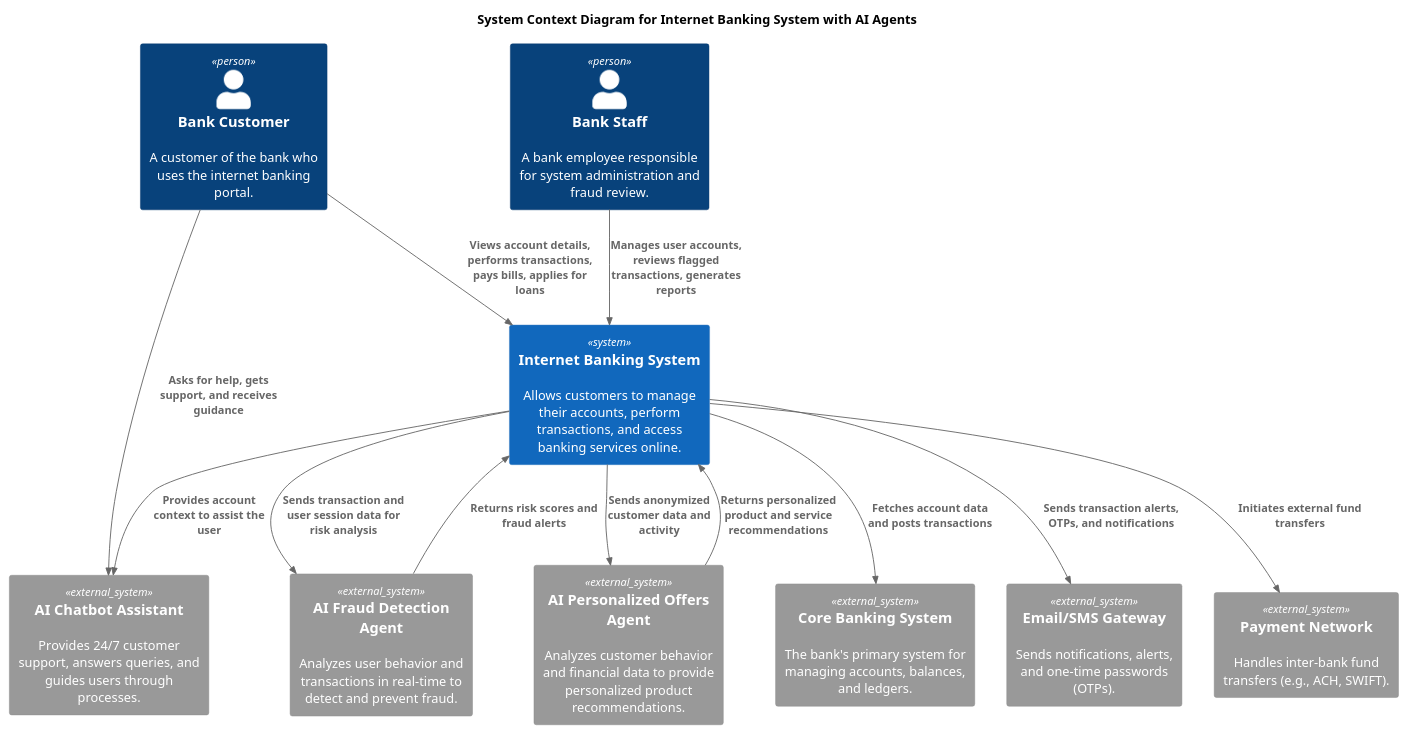
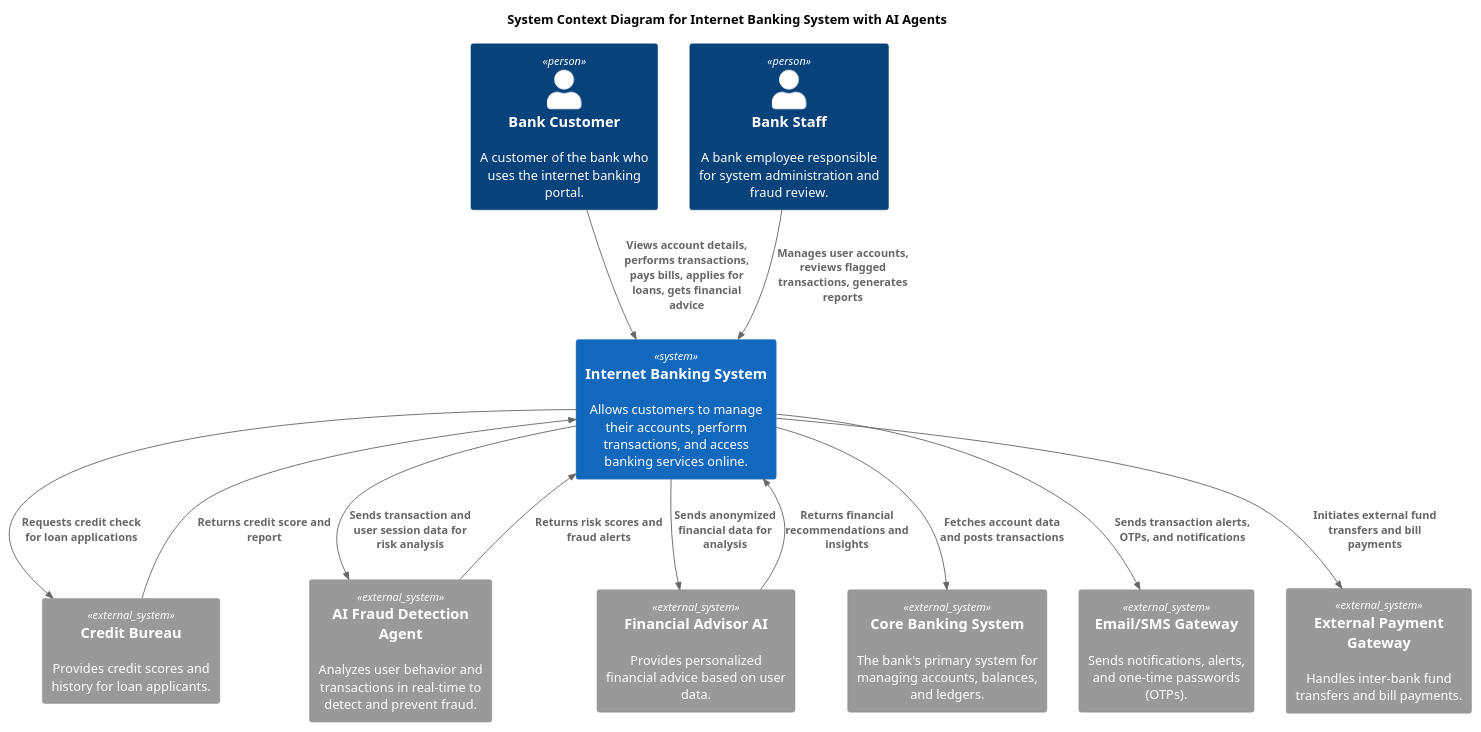
One commit to APC-SoCIT/APC-Sample-Project changed the diagram in Codes/system context for internet banking system with ai agent.puml. Above: the diagram before and after it, drawn with PlantUML. The commit also changed 1 other file, not shown here.

Commit message:
updated system context diagram

```diff
--- a/Codes/system context for internet banking system with ai agent.puml
+++ b/Codes/system context for internet banking system with ai agent.puml
@@ -1,47 +1,47 @@
 @startuml
 !include https://raw.githubusercontent.com/plantuml-stdlib/C4-PlantUML/master/C4_Context.puml
 
 ' Layout direction
 'LAYOUT_TOP_DOWN
 ' LAYOUT_WITH_LEGEND()
 
 title System Context Diagram for Internet Banking System with AI Agents
 
 ' Actors
 Person(customer, "Bank Customer", "A customer of the bank who uses the internet banking portal.")
 Person(admin, "Bank Staff", "A bank employee responsible for system administration and fraud review.")
 
 ' External Systems
 System_Ext(core_banking, "Core Banking System", "The bank's primary system for managing accounts, balances, and ledgers.")
 System_Ext(email_sms, "Email/SMS Gateway", "Sends notifications, alerts, and one-time passwords (OTPs).")
-System_Ext(payment_network, "Payment Network", "Handles inter-bank fund transfers (e.g., ACH, SWIFT).")
+System_Ext(payment_gateway, "External Payment Gateway", "Handles inter-bank fund transfers and bill payments.")
+System_Ext(credit_bureau, "Credit Bureau", "Provides credit scores and history for loan applicants.")
 
 ' AI Agent Systems (treated as external for context diagram)
 System_Ext(ai_fraud, "AI Fraud Detection Agent", "Analyzes user behavior and transactions in real-time to detect and prevent fraud.")
-System_Ext(ai_chatbot, "AI Chatbot Assistant", "Provides 24/7 customer support, answers queries, and guides users through processes.")
-System_Ext(ai_offers, "AI Personalized Offers Agent", "Analyzes customer behavior and financial data to provide personalized product recommendations.")
+System_Ext(ai_advisor, "Financial Advisor AI", "Provides personalized financial advice based on user data.")
 
 ' The System in Scope
 System(internet_banking, "Internet Banking System", "Allows customers to manage their accounts, perform transactions, and access banking services online.")
 
 ' Relationships
 ' Customer interactions
-Rel_D(customer, internet_banking, "Views account details, performs transactions, pays bills, applies for loans")
-Rel_D(customer, ai_chatbot, "Asks for help, gets support, and receives guidance")
+Rel_D(customer, internet_banking, "Views account details, performs transactions, pays bills, applies for loans, gets financial advice")
 
 ' Admin interactions
 Rel_D(admin, internet_banking, "Manages user accounts, reviews flagged transactions, generates reports")
 
 ' System to AI Agent interactions
 Rel_D(internet_banking, ai_fraud, "Sends transaction and user session data for risk analysis")
 Rel_D(ai_fraud, internet_banking, "Returns risk scores and fraud alerts")
-Rel_D(internet_banking, ai_chatbot, "Provides account context to assist the user")
-Rel_D(internet_banking, ai_offers, "Sends anonymized customer data and activity")
-Rel_D(ai_offers, internet_banking, "Returns personalized product and service recommendations")
+Rel_D(internet_banking, ai_advisor, "Sends anonymized financial data for analysis")
+Rel_D(ai_advisor, internet_banking, "Returns financial recommendations and insights")
 
 ' System to external system interactions
 Rel_D(internet_banking, core_banking, "Fetches account data and posts transactions")
 Rel_D(internet_banking, email_sms, "Sends transaction alerts, OTPs, and notifications")
-Rel_D(internet_banking, payment_network, "Initiates external fund transfers")
+Rel_D(internet_banking, payment_gateway, "Initiates external fund transfers and bill payments")
+Rel_D(internet_banking, credit_bureau, "Requests credit check for loan applications")
+Rel_D(credit_bureau, internet_banking, "Returns credit score and report")
 
 @enduml
```
